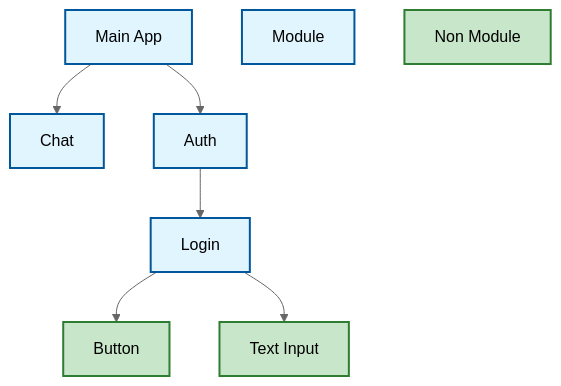
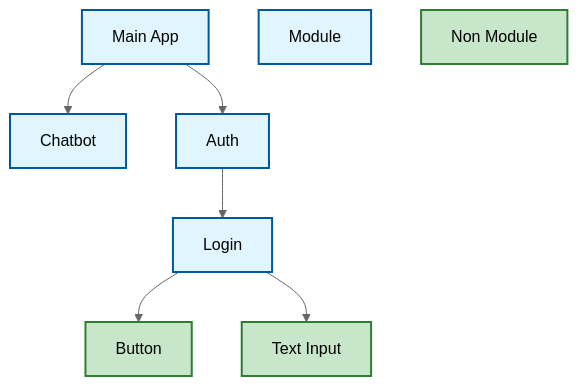
Before and after one commit to modAI-systems/modAI-chat: the diagram in frontend/omni/docs/architecture/core.md, drawn with Mermaid (neutral theme). The commit also changed other lines of this file and 14 other files, not shown here.

````diff
--- a/frontend/omni/docs/architecture/core.md
+++ b/frontend/omni/docs/architecture/core.md
@@ -25,21 +25,21 @@
 ```mermaid
 flowchart TD
     classDef module fill:#e1f5fe,stroke:#01579b,stroke-width:2px,color:#000000
     classDef component fill:#c8e6c9,stroke:#2e7d32,stroke-width:2px,color:#000000
 
     MainApp[Main App]:::module
-    ChatModule[Chat]:::module
+    ChatModule[Chatbot]:::module
     AuthModule[Auth]:::module
     Login[Login]:::module
     Button[Button]:::component
     TextInput[Text Input]:::component
 
     Module[Module]:::module
     NonModule[Non Module]:::component
 
     MainApp --> ChatModule
     MainApp --> AuthModule
     AuthModule --> Login
     Login --> Button
     Login --> TextInput
 ```
````
